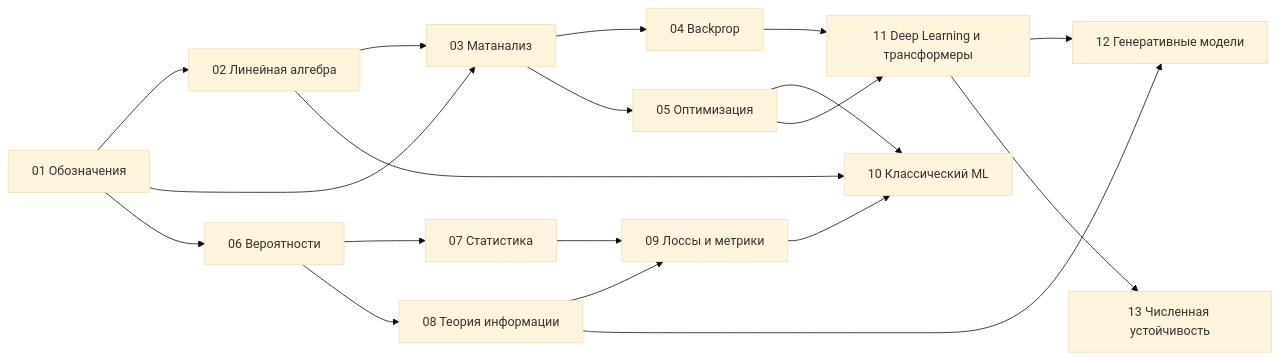
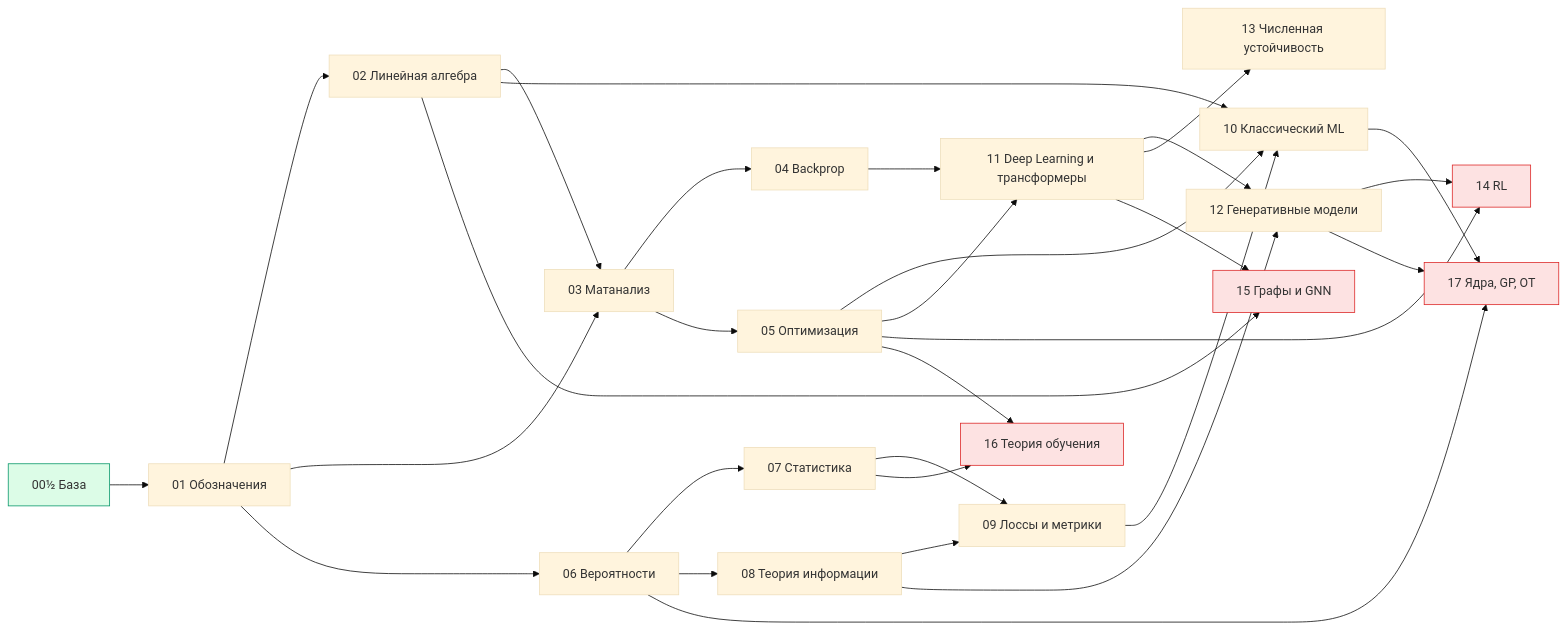
One commit to justxor/math-for-ai-2026 changed the first of 25 diagrams in README.md. Above: the diagram before and after it, drawn with Mermaid (base theme). The commit also changed other lines of this file, not shown here.

First line of the commit message:
Курс v2: база 00½, модули 14–17, 25 схем, 60 задач, 130 вопросов

````diff
--- a/README.md
+++ b/README.md
@@ -40,21 +47,35 @@
 ```mermaid
 flowchart LR
+  Z[00½ База] --> A
   A[01 Обозначения] --> B[02 Линейная алгебра]
   A --> C[03 Матанализ]
   B --> C
   C --> D[04 Backprop]
   C --> E[05 Оптимизация]
   A --> F[06 Вероятности]
   F --> G[07 Статистика]
   F --> H[08 Теория информации]
   G --> I[09 Лоссы и метрики]
   H --> I
   B --> J[10 Классический ML]
   E --> J
   I --> J
   D --> K[11 Deep Learning и трансформеры]
   E --> K
   K --> L[12 Генеративные модели]
   H --> L
   K --> M[13 Численная устойчивость]
+  E --> RL[14 RL]
+  L --> RL
+  B --> GR[15 Графы и GNN]
+  K --> GR
+  G --> TH[16 Теория обучения]
+  E --> TH
+  F --> KO[17 Ядра, GP, OT]
+  J --> KO
+  L --> KO
+  classDef adv fill:#fde2e2,stroke:#dc2626
+  classDef base fill:#dcfce7,stroke:#059669
+  class RL,GR,TH,KO adv
+  class Z base
 ```
````
